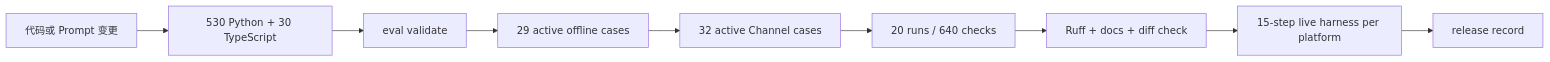
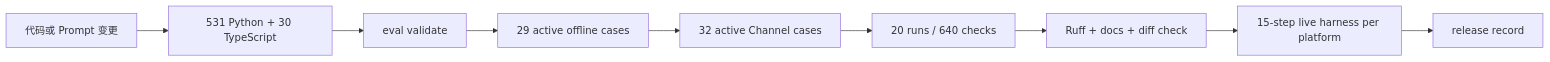
Before and after one commit to NEDONION/lobster0: the diagram in docs/evals/README.md, drawn with Mermaid. The commit also changed other lines of this file and 44 other files, not shown here.

````diff
--- a/docs/evals/README.md
+++ b/docs/evals/README.md
@@ -18,11 +18,11 @@
 ```mermaid
 flowchart LR
-    CHANGE["代码或 Prompt 变更"] --> UNIT["530 Python + 30 TypeScript"]
+    CHANGE["代码或 Prompt 变更"] --> UNIT["531 Python + 30 TypeScript"]
     UNIT --> VALIDATE["eval validate"]
     VALIDATE --> OFFLINE["29 active offline cases"]
     OFFLINE --> CHANNEL["32 active Channel cases"]
     CHANNEL --> SOAK["20 runs / 640 checks"]
     SOAK --> RUFF["Ruff + docs + diff check"]
     RUFF --> LIVE["15-step live harness per platform"]
     LIVE --> RECORD["release record"]
 ```
````
